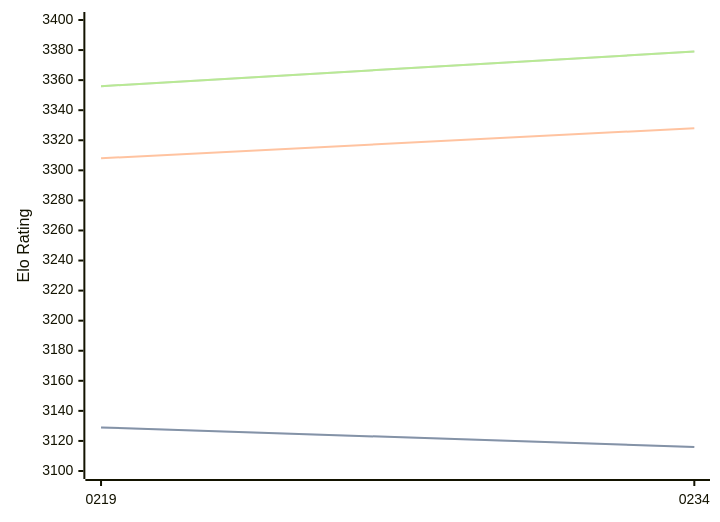
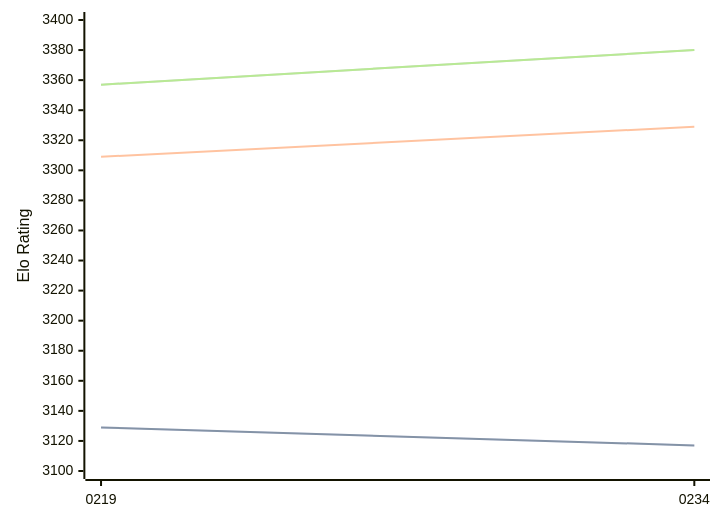
The diagram in engines/Ynode.md (computer-chess-index/cci), drawn with Mermaid before and after one commit. The commit also changed other lines of this file, not shown here.

Commit message:
Update CCI Ratings (ELO VLTC) - 2026-07-23

````diff
--- a/engines/Ynode.md
+++ b/engines/Ynode.md
@@ -39,11 +39,11 @@
 ```mermaid
 %%{init: {"theme":"base","themeVariables":{"seriesColors:['#a3a3a3','#222221','#faa371']}}}%%
 xychart-beta
   x-axis ["0219", "0234"]
   y-axis "Elo Rating" 3100 --> 3400
-  line "STC (8.0+0.08s)" [3129, 3116]
-  line "STC (8.0+0.08s)" [3129, 3116]
-  line "LTC (60.0+0.60s)" [3308, 3328]
-  line "VLTC (2m24s+1.12s)" [3356, 3379]
-  line "VLTC (2m24s+1.12s)" [3356, 3379]
+  line "STC (8.0+0.08s)" [3129, 3117]
+  line "STC (8.0+0.08s)" [3129, 3117]
+  line "LTC (60.0+0.60s)" [3309, 3329]
+  line "VLTC (2m24s+1.12s)" [3357, 3380]
+  line "VLTC (2m24s+1.12s)" [3357, 3380]
 ```
````
